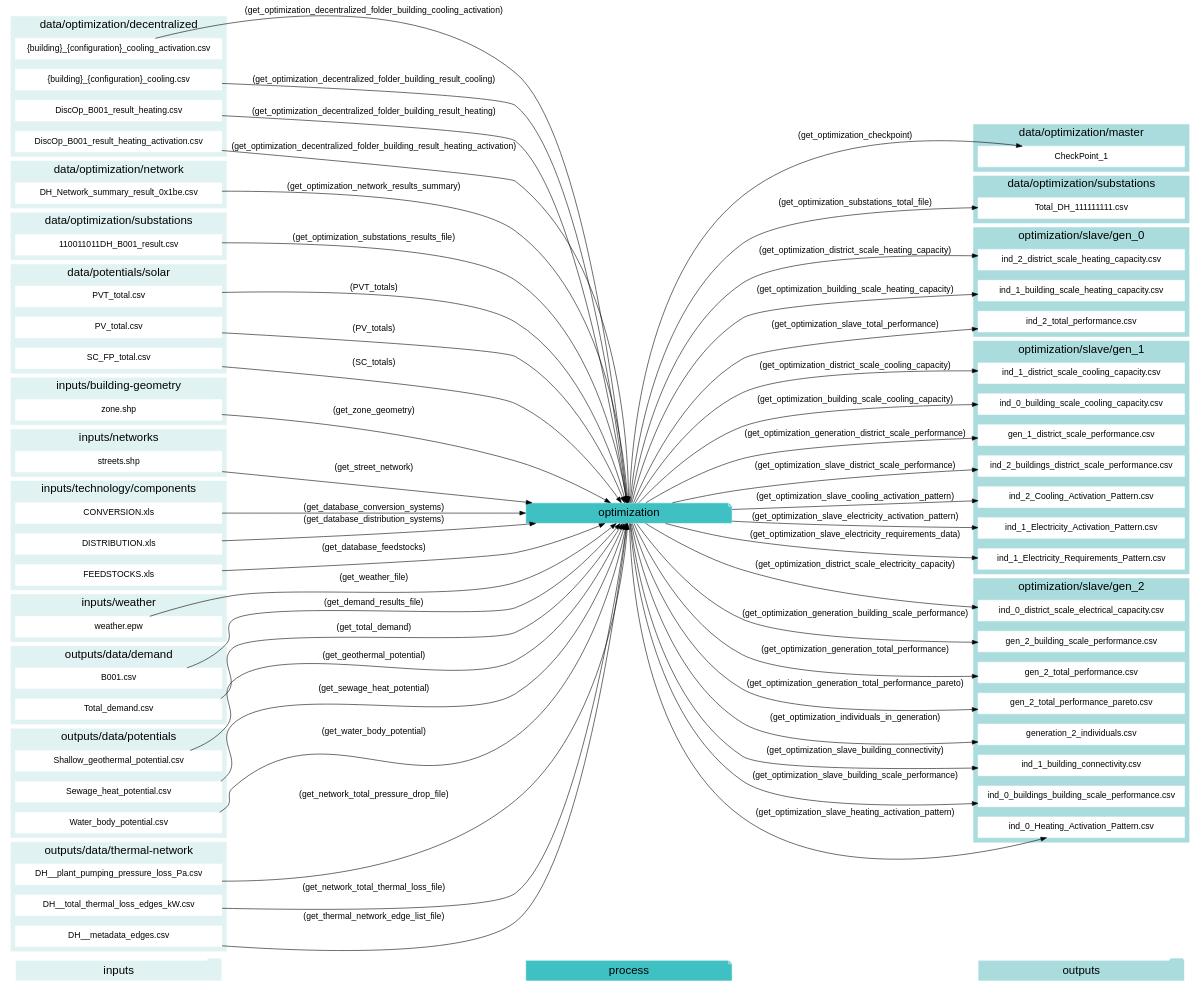
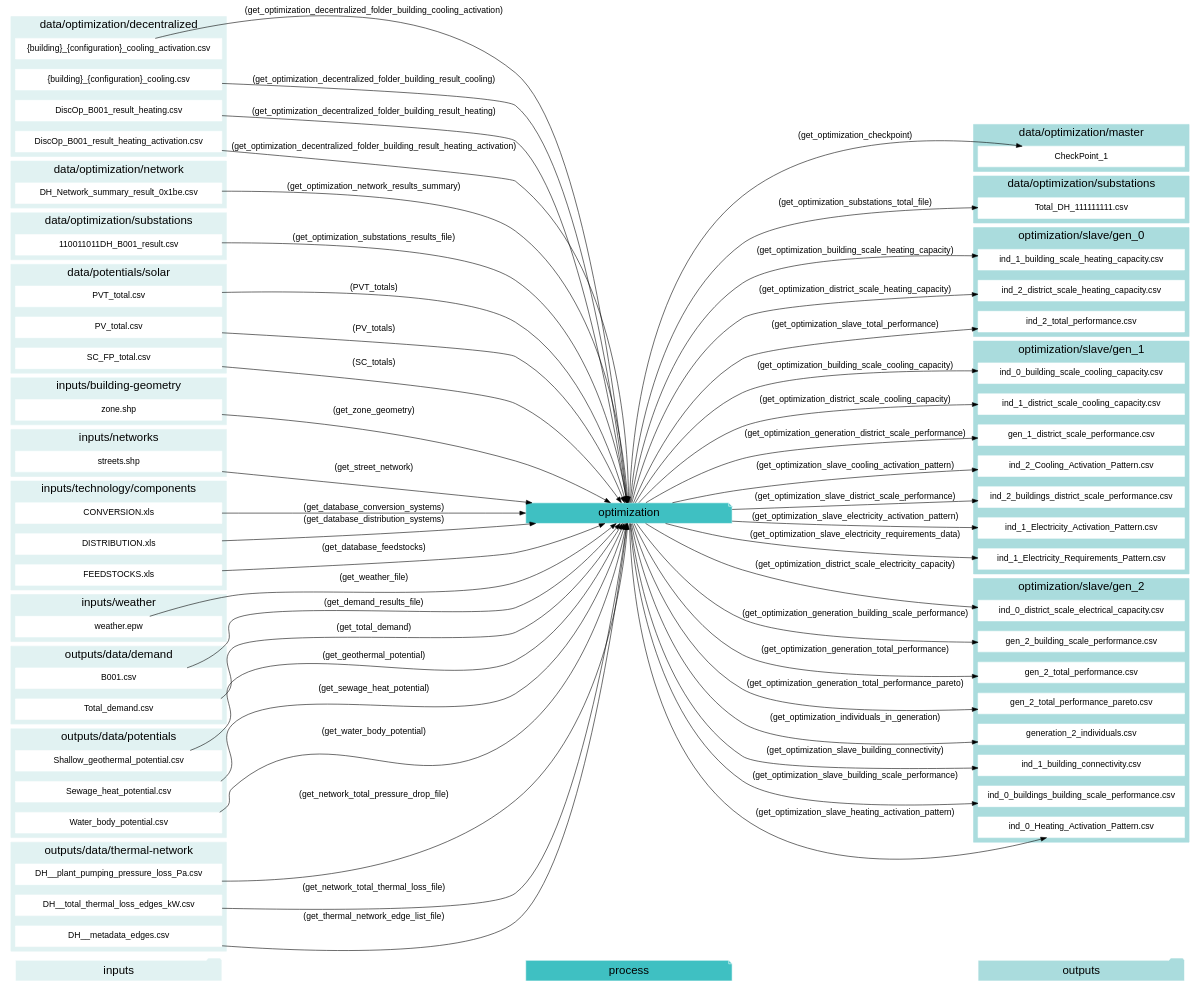
One commit to architecture-building-systems/CityEnergyAnalyst changed diagram 20 of 22 in docs/script-data-flow.rst. Above: the diagram before and after it, drawn with Graphviz. The commit also changed other lines of this file and 4 other files, not shown here.

Commit message:
cea-doc graphviz

```diff
--- a/docs/script-data-flow.rst
+++ b/docs/script-data-flow.rst
@@ -1433,8 +1433,8 @@
         fontsize = 20;
         rank=same;
         label="optimization/slave/gen_0";
+        get_optimization_building_scale_heating_capacity[label="ind_1_building_scale_heating_capacity.csv"];
         get_optimization_district_scale_heating_capacity[label="ind_2_district_scale_heating_capacity.csv"];
-        get_optimization_building_scale_heating_capacity[label="ind_1_building_scale_heating_capacity.csv"];
         get_optimization_slave_total_performance[label="ind_2_total_performance.csv"];
     }
     subgraph cluster_10_out {
@@ -1443,11 +1443,11 @@
         fontsize = 20;
         rank=same;
         label="optimization/slave/gen_1";
+        get_optimization_building_scale_cooling_capacity[label="ind_0_building_scale_cooling_capacity.csv"];
         get_optimization_district_scale_cooling_capacity[label="ind_1_district_scale_cooling_capacity.csv"];
-        get_optimization_building_scale_cooling_capacity[label="ind_0_building_scale_cooling_capacity.csv"];
         get_optimization_generation_district_scale_performance[label="gen_1_district_scale_performance.csv"];
+        get_optimization_slave_cooling_activation_pattern[label="ind_2_Cooling_Activation_Pattern.csv"];
         get_optimization_slave_district_scale_performance[label="ind_2_buildings_district_scale_performance.csv"];
-        get_optimization_slave_cooling_activation_pattern[label="ind_2_Cooling_Activation_Pattern.csv"];
         get_optimization_slave_electricity_activation_pattern[label="ind_1_Electricity_Activation_Pattern.csv"];
         get_optimization_slave_electricity_requirements_data[label="ind_1_Electricity_Requirements_Pattern.csv"];
     }
@@ -1518,21 +1518,21 @@
     get_water_body_potential -> "optimization"[label="(get_water_body_potential)"];
     get_weather_file -> "optimization"[label="(get_weather_file)"];
     get_zone_geometry -> "optimization"[label="(get_zone_geometry)"];
+    "optimization" -> get_optimization_building_scale_cooling_capacity[label="(get_optimization_building_scale_cooling_capacity)"];
+    "optimization" -> get_optimization_building_scale_heating_capacity[label="(get_optimization_building_scale_heating_capacity)"];
     "optimization" -> get_optimization_checkpoint[label="(get_optimization_checkpoint)"];
     "optimization" -> get_optimization_district_scale_cooling_capacity[label="(get_optimization_district_scale_cooling_capacity)"];
     "optimization" -> get_optimization_district_scale_electricity_capacity[label="(get_optimization_district_scale_electricity_capacity)"];
     "optimization" -> get_optimization_district_scale_heating_capacity[label="(get_optimization_district_scale_heating_capacity)"];
-    "optimization" -> get_optimization_building_scale_cooling_capacity[label="(get_optimization_building_scale_cooling_capacity)"];
-    "optimization" -> get_optimization_building_scale_heating_capacity[label="(get_optimization_building_scale_heating_capacity)"];
+    "optimization" -> get_optimization_generation_building_scale_performance[label="(get_optimization_generation_building_scale_performance)"];
     "optimization" -> get_optimization_generation_district_scale_performance[label="(get_optimization_generation_district_scale_performance)"];
-    "optimization" -> get_optimization_generation_building_scale_performance[label="(get_optimization_generation_building_scale_performance)"];
     "optimization" -> get_optimization_generation_total_performance[label="(get_optimization_generation_total_performance)"];
     "optimization" -> get_optimization_generation_total_performance_pareto[label="(get_optimization_generation_total_performance_pareto)"];
     "optimization" -> get_optimization_individuals_in_generation[label="(get_optimization_individuals_in_generation)"];
     "optimization" -> get_optimization_slave_building_connectivity[label="(get_optimization_slave_building_connectivity)"];
+    "optimization" -> get_optimization_slave_building_scale_performance[label="(get_optimization_slave_building_scale_performance)"];
+    "optimization" -> get_optimization_slave_cooling_activation_pattern[label="(get_optimization_slave_cooling_activation_pattern)"];
     "optimization" -> get_optimization_slave_district_scale_performance[label="(get_optimization_slave_district_scale_performance)"];
-    "optimization" -> get_optimization_slave_cooling_activation_pattern[label="(get_optimization_slave_cooling_activation_pattern)"];
-    "optimization" -> get_optimization_slave_building_scale_performance[label="(get_optimization_slave_building_scale_performance)"];
     "optimization" -> get_optimization_slave_electricity_activation_pattern[label="(get_optimization_slave_electricity_activation_pattern)"];
     "optimization" -> get_optimization_slave_electricity_requirements_data[label="(get_optimization_slave_electricity_requirements_data)"];
     "optimization" -> get_optimization_slave_heating_activation_pattern[label="(get_optimization_slave_heating_activation_pattern)"];
```
